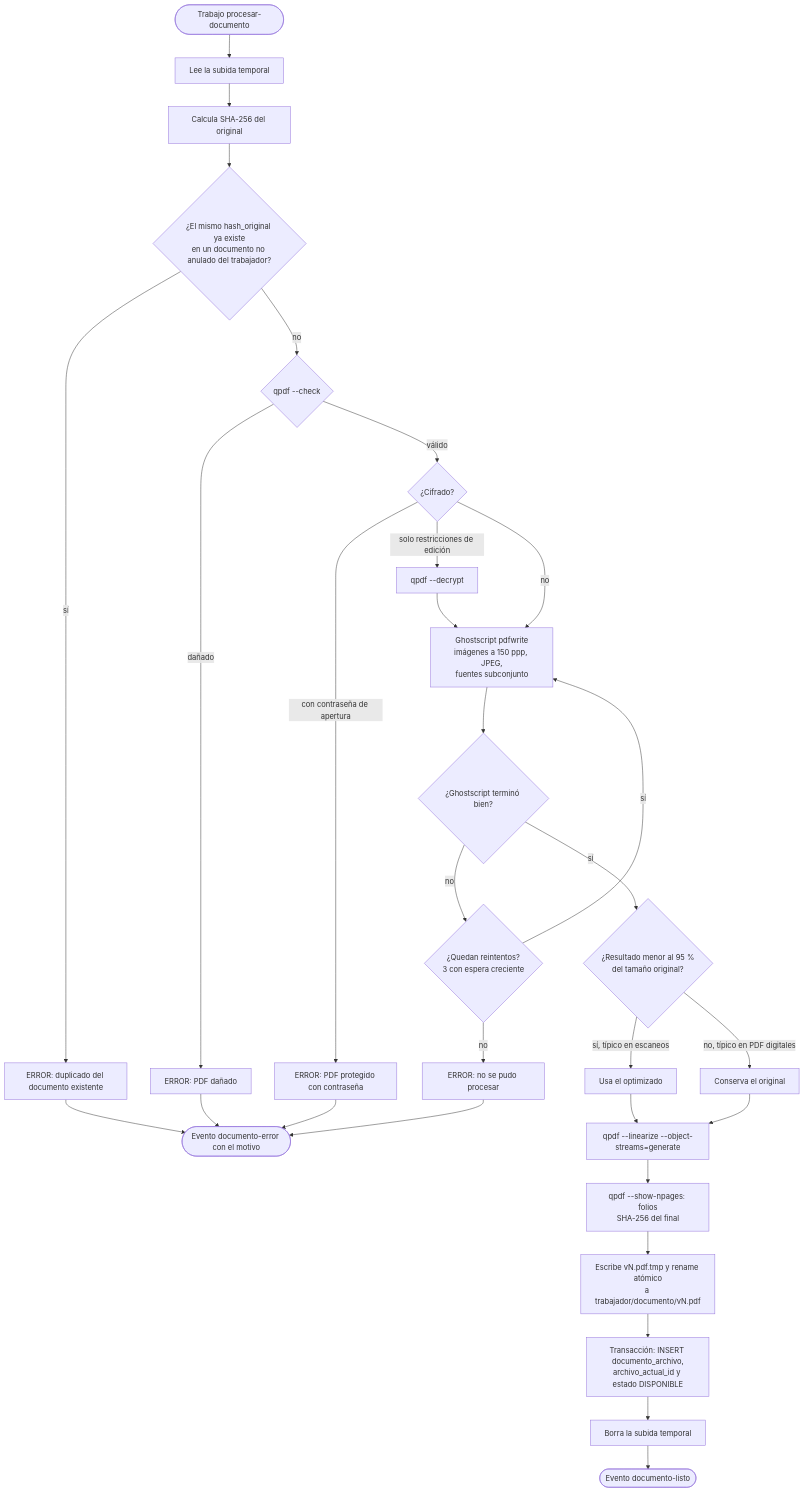
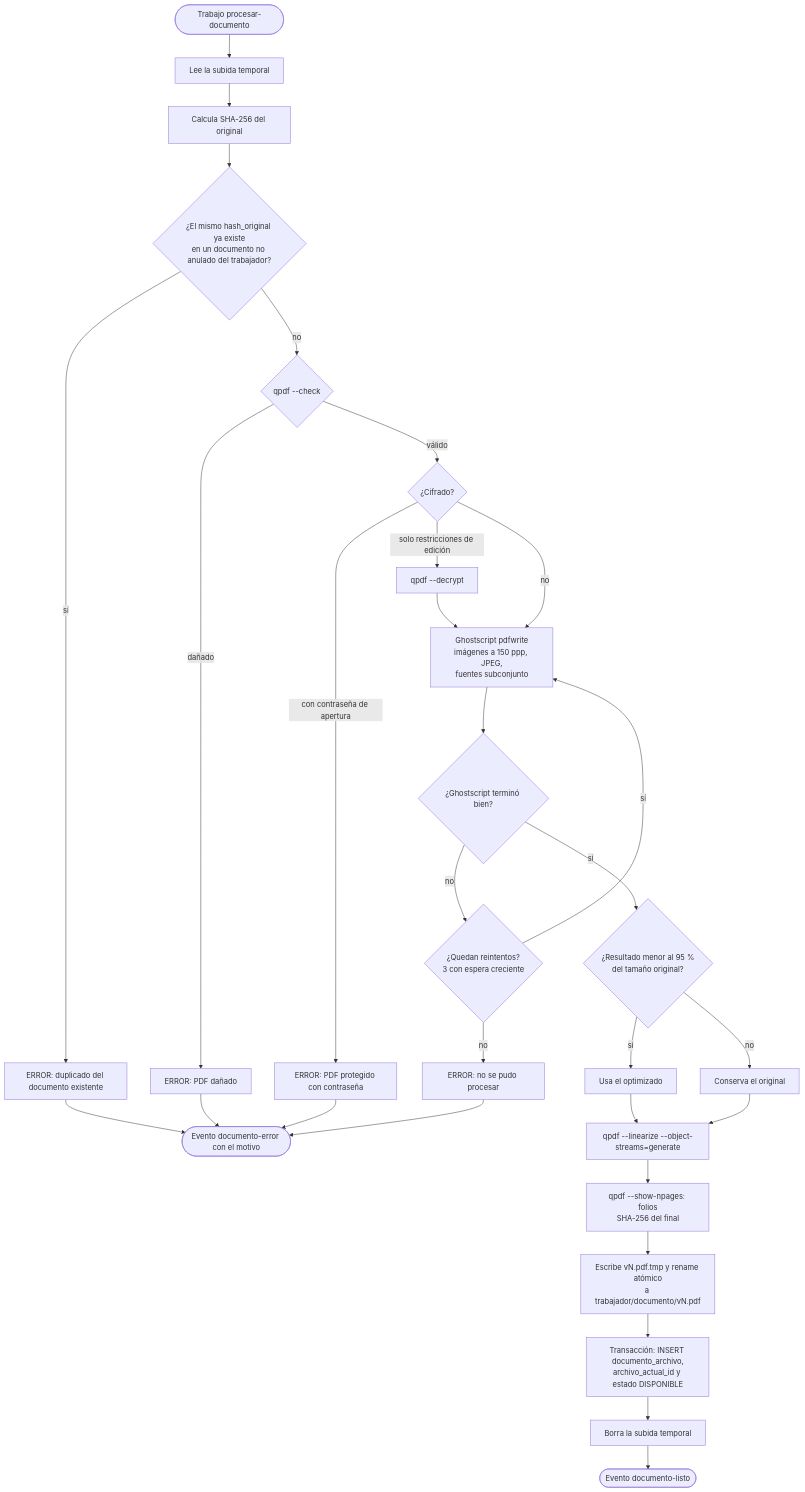
One commit to Jose27luis/legajo changed diagram 12 of 21 in README.md. Above: the diagram before and after it, drawn with Mermaid. The commit also changed other lines of this file, not shown here.

````diff
--- a/README.md
+++ b/README.md
@@ -903,32 +871,32 @@
 ```mermaid
 flowchart TD
     I(["Trabajo procesar-documento"]) --> L["Lee la subida temporal"]
     L --> HO["Calcula SHA-256 del original"]
     HO --> DUP{"¿El mismo hash_original ya existe<br/>en un documento no anulado del trabajador?"}
     DUP -->|"sí"| E3["ERROR: duplicado del documento existente"]
     DUP -->|"no"| CHK{"qpdf --check"}
     CHK -->|"dañado"| E1["ERROR: PDF dañado"]
     CHK -->|"válido"| ENC{"¿Cifrado?"}
     ENC -->|"con contraseña de apertura"| E2["ERROR: PDF protegido con contraseña"]
     ENC -->|"solo restricciones de edición"| DEC["qpdf --decrypt"]
     ENC -->|"no"| GS
     DEC --> GS["Ghostscript pdfwrite<br/>imágenes a 150 ppp, JPEG,<br/>fuentes subconjunto"]
     GS --> GSOK{"¿Ghostscript terminó bien?"}
     GSOK -->|"no"| RT{"¿Quedan reintentos?<br/>3 con espera creciente"}
     RT -->|"sí"| GS
     RT -->|"no"| E4["ERROR: no se pudo procesar"]
     GSOK -->|"sí"| CMP{"¿Resultado menor al 95 %<br/>del tamaño original?"}
-    CMP -->|"sí, típico en escaneos"| OPT["Usa el optimizado"]
-    CMP -->|"no, típico en PDF digitales"| ORI["Conserva el original"]
+    CMP -->|"sí"| OPT["Usa el optimizado"]
+    CMP -->|"no"| ORI["Conserva el original"]
     OPT --> LIN["qpdf --linearize --object-streams=generate"]
     ORI --> LIN
     LIN --> PAG["qpdf --show-npages: folios<br/>SHA-256 del final"]
     PAG --> MV["Escribe vN.pdf.tmp y rename atómico<br/>a trabajador/documento/vN.pdf"]
     MV --> TX["Transacción: INSERT documento_archivo,<br/>archivo_actual_id y estado DISPONIBLE"]
     TX --> DEL["Borra la subida temporal"]
     DEL --> OK(["Evento documento-listo"])
     E1 --> KO(["Evento documento-error con el motivo"])
     E2 --> KO
     E3 --> KO
     E4 --> KO
 ```
````
